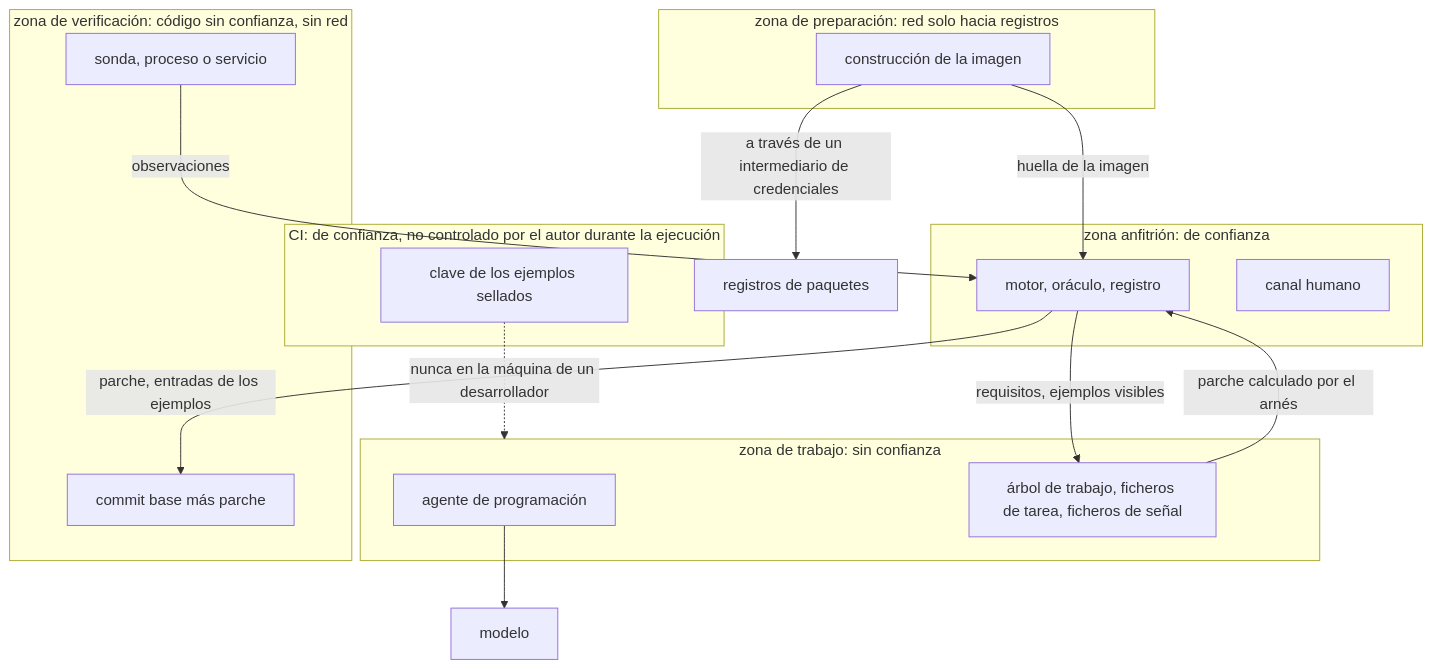
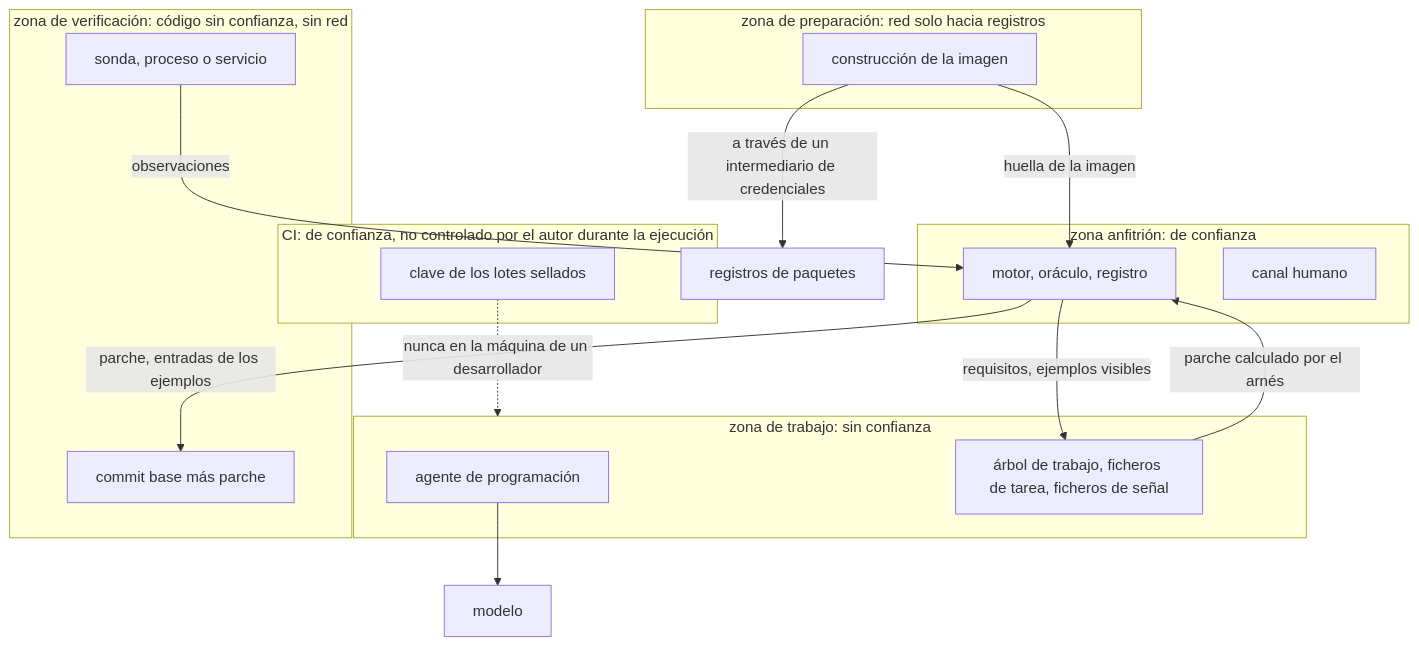
One commit to rafaranaz/raclab-dokime changed the second of 2 diagrams in docs/architecture/01-context.es.md. Above: the diagram before and after it, drawn with Mermaid. The commit also changed other lines of this file and 21 other files, not shown here.

````diff
--- a/docs/architecture/01-context.es.md
+++ b/docs/architecture/01-context.es.md
@@ -53,32 +53,32 @@
 ```mermaid
 flowchart TB
     subgraph host["zona anfitrión: de confianza"]
         harness["motor, oráculo, registro"]
         human["canal humano"]
     end
     subgraph ci["CI: de confianza, no controlado por el autor durante la ejecución"]
-        key["clave de los ejemplos sellados"]
+        key["clave de los lotes sellados"]
     end
     subgraph prepare["zona de preparación: red solo hacia registros"]
         build["construcción de la imagen"]
     end
     subgraph work["zona de trabajo: sin confianza"]
         agent["agente de programación"]
         tree["árbol de trabajo, ficheros de tarea, ficheros de señal"]
     end
     subgraph verify["zona de verificación: código sin confianza, sin red"]
         subject["commit base más parche"]
         probe["sonda, proceso o servicio"]
     end
     model["modelo"]
     registries["registros de paquetes"]
 
     harness -->|requisitos, ejemplos visibles| tree
     tree -->|parche calculado por el arnés| harness
     agent --> model
     build -->|a través de un intermediario de credenciales| registries
     build -->|huella de la imagen| harness
     harness -->|parche, entradas de los ejemplos| subject
     probe -->|observaciones| harness
     key -.->|nunca en la máquina de un desarrollador| work
 ```
````
